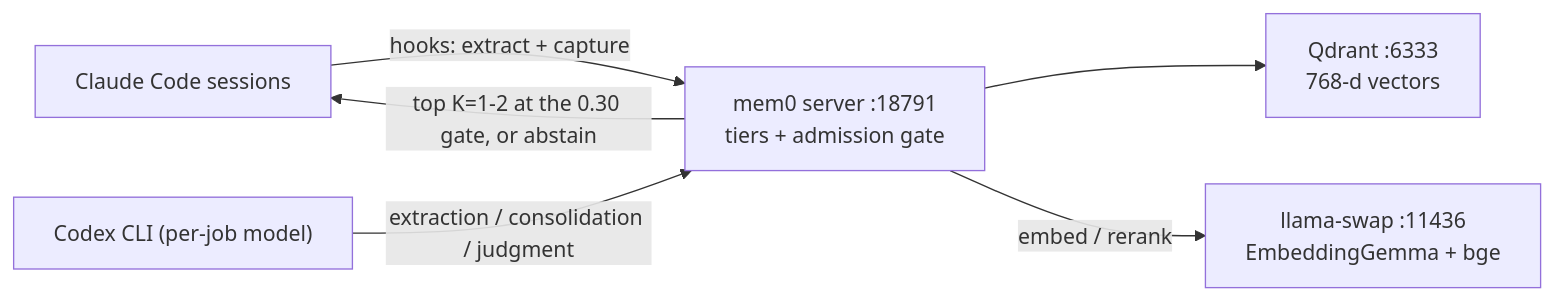
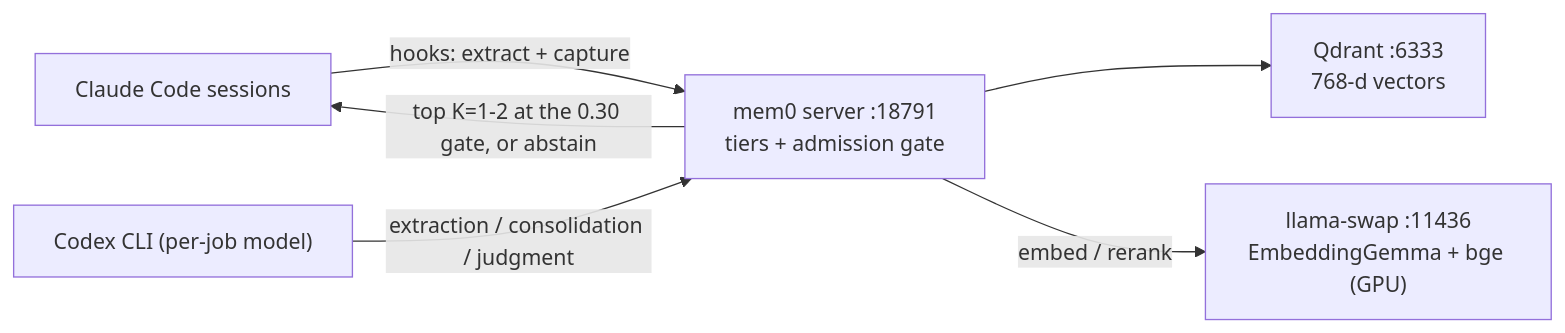
Before and after one commit to dmmdea/agentic-memory-stack-for-claude-code: the diagram in README.md, drawn with Mermaid. The commit also changed other lines of this file and 2 other files, not shown here.

````diff
--- a/README.md
+++ b/README.md
@@ -19,8 +19,8 @@
 ```mermaid
 flowchart LR
     A["Claude Code sessions"] -->|"hooks: extract + capture"| B["mem0 server :18791<br/>tiers + admission gate"]
     B --> C["Qdrant :6333<br/>768-d vectors"]
-    B -->|"embed / rerank"| D["llama-swap :11436<br/>EmbeddingGemma + bge"]
+    B -->|"embed / rerank"| D["llama-swap :11436<br/>EmbeddingGemma + bge (GPU)"]
     E["Codex CLI (per-job model)"] -->|"extraction / consolidation / judgment"| B
     B -->|"top K=1-2 at the 0.30 gate, or abstain"| A
 ```
````
